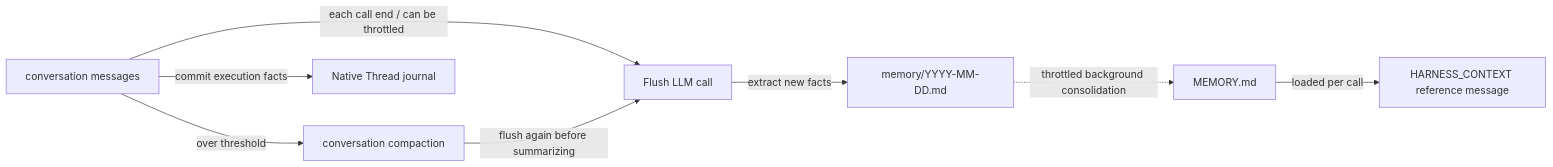
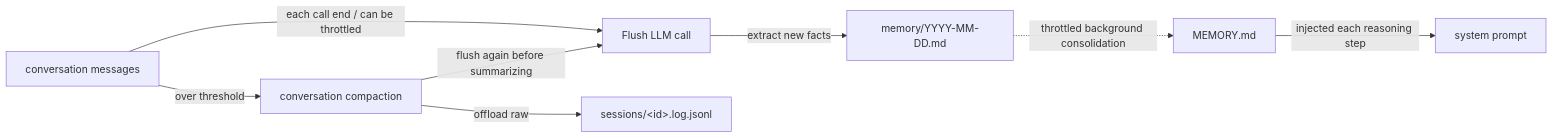
The diagram in docs/v2/en/docs/harness/memory.md (agentscope-ai/agentscope-java), drawn with Mermaid before and after one commit. The commit also changed other lines of this file and 3421 other files, not shown here.

````diff
--- a/docs/v2/en/docs/harness/memory.md
+++ b/docs/v2/en/docs/harness/memory.md
@@ -35,11 +35,11 @@
 ```mermaid
 graph LR
     Conv["conversation messages"]
     Conv -->|each call end / can be throttled| Flush["Flush LLM call"]
     Flush -->|extract new facts| Daily["memory/YYYY-MM-DD.md"]
     Conv -->|over threshold| Compactor["conversation compaction"]
-    Conv -->|commit execution facts| Sess["Native Thread journal"]
+    Compactor -->|offload raw| Sess["sessions/&lt;id&gt;.log.jsonl"]
     Compactor -->|flush again before summarizing| Flush
     Daily -. throttled background consolidation .-> MEM["MEMORY.md"]
-    MEM -->|loaded per call| SYS["HARNESS_CONTEXT reference message"]
+    MEM -->|injected each reasoning step| SYS["system prompt"]
 ```
````
